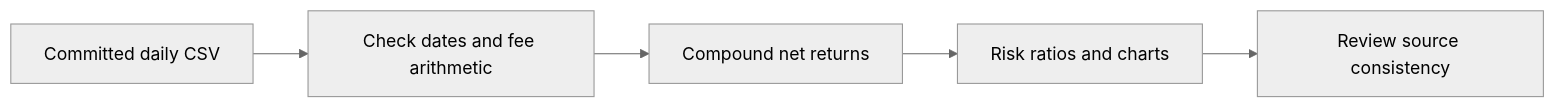
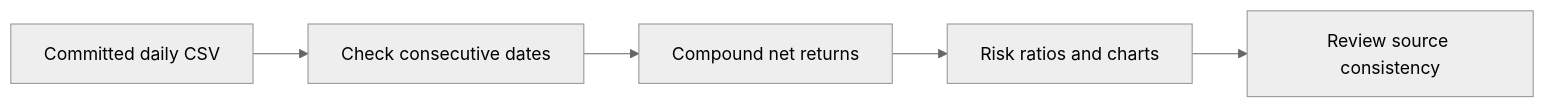
Before and after one commit to yzcw-qmt/roostoo-alphaagent-factor70: the third of 3 diagrams in README.md, drawn with Mermaid (neutral theme). The commit also changed other lines of this file and 34 other files, not shown here.

````diff
--- a/README.md
+++ b/README.md
@@ -61,7 +91,7 @@
 ```mermaid
 flowchart LR
-    A[Committed daily CSV] --> B[Check dates and fee arithmetic]
+    A[Committed daily CSV] --> B[Check consecutive dates]
     B --> C[Compound net returns]
     C --> D[Risk ratios and charts]
     D --> E[Review source consistency]
 ```
````
